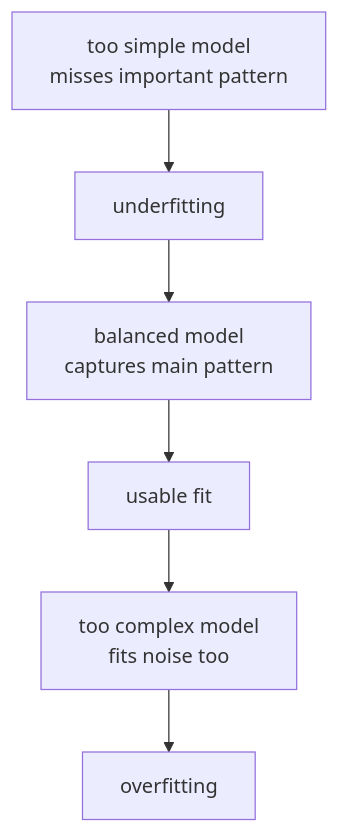
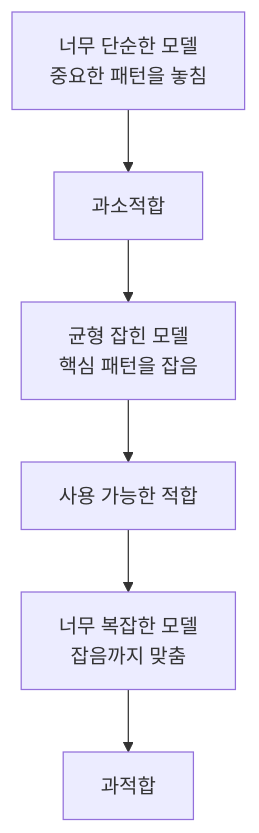
Before and after one commit to devchan64/AiBook: the second of 3 diagrams in docs/parts/part-04/chapter-05/section-01.md, drawn with Mermaid. The commit also changed other lines of this file and 72 other files, not shown here.

````diff
--- a/docs/parts/part-04/chapter-05/section-01.md
+++ b/docs/parts/part-04/chapter-05/section-01.md
@@ -206,15 +206,15 @@
 ```mermaid
 flowchart TB
-  A["too simple model<br/>misses important pattern"]
-  A1["underfitting"]
-  B["balanced model<br/>captures main pattern"]
-  B1["usable fit"]
-  C["too complex model<br/>fits noise too"]
-  C1["overfitting"]
+  A["너무 단순한 모델<br/>중요한 패턴을 놓침"]
+  A1["과소적합"]
+  B["균형 잡힌 모델<br/>핵심 패턴을 잡음"]
+  B1["사용 가능한 적합"]
+  C["너무 복잡한 모델<br/>잡음까지 맞춤"]
+  C1["과적합"]
 
   A --> A1
   A1 --> B
   B --> B1
   B1 --> C
   C --> C1
 ```
````
